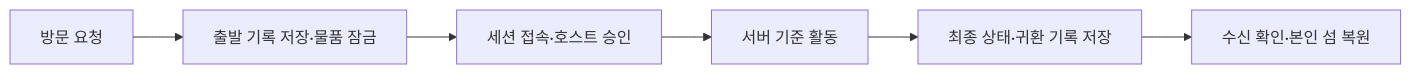
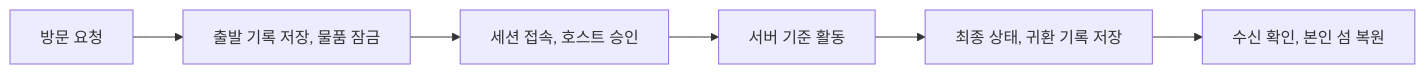
The second of 2 diagrams in docs/ecology-and-persistence.md (rhwjdtjs/NONGJANG_Public), drawn with Mermaid before and after one commit. The commit also changed other lines of this file and 11 other files, not shown here.

````diff
--- a/docs/ecology-and-persistence.md
+++ b/docs/ecology-and-persistence.md
@@ -50,8 +50,8 @@
 ```mermaid
 flowchart LR
-  A["방문 요청"] --> B["출발 기록 저장·물품 잠금"]
-  B --> C["세션 접속·호스트 승인"]
+  A["방문 요청"] --> B["출발 기록 저장, 물품 잠금"]
+  B --> C["세션 접속, 호스트 승인"]
   C --> D["서버 기준 활동"]
-  D --> E["최종 상태·귀환 기록 저장"]
-  E --> F["수신 확인·본인 섬 복원"]
+  D --> E["최종 상태, 귀환 기록 저장"]
+  E --> F["수신 확인, 본인 섬 복원"]
 ```
````
